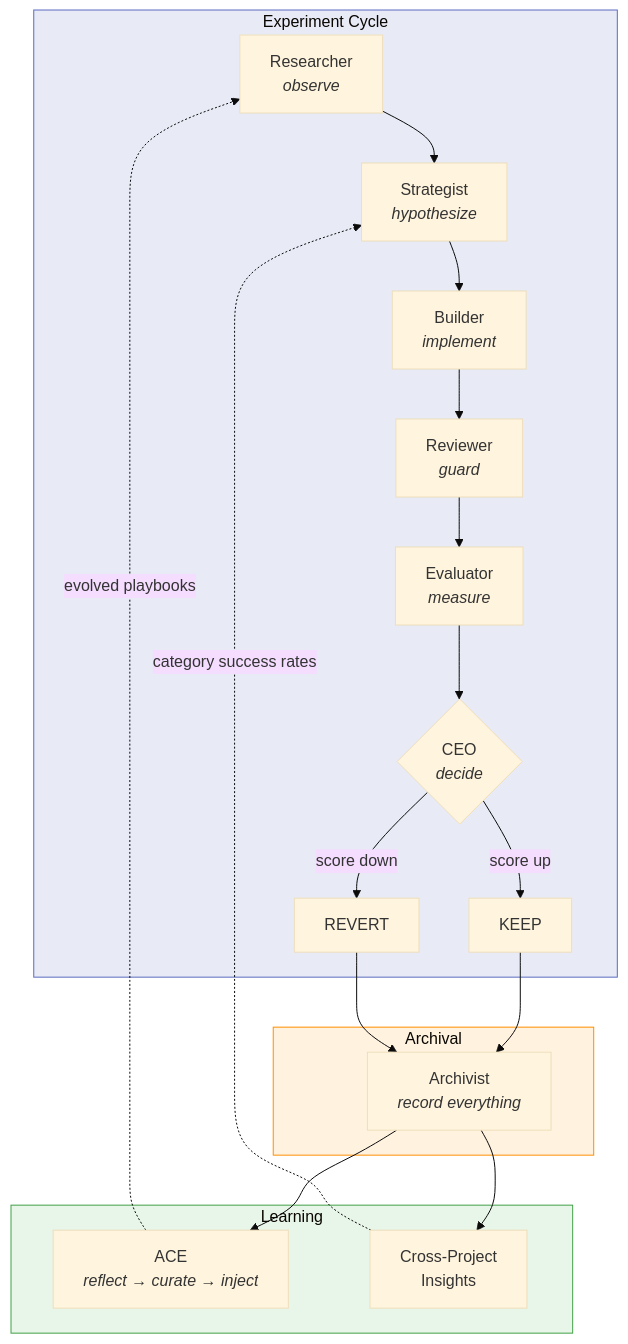
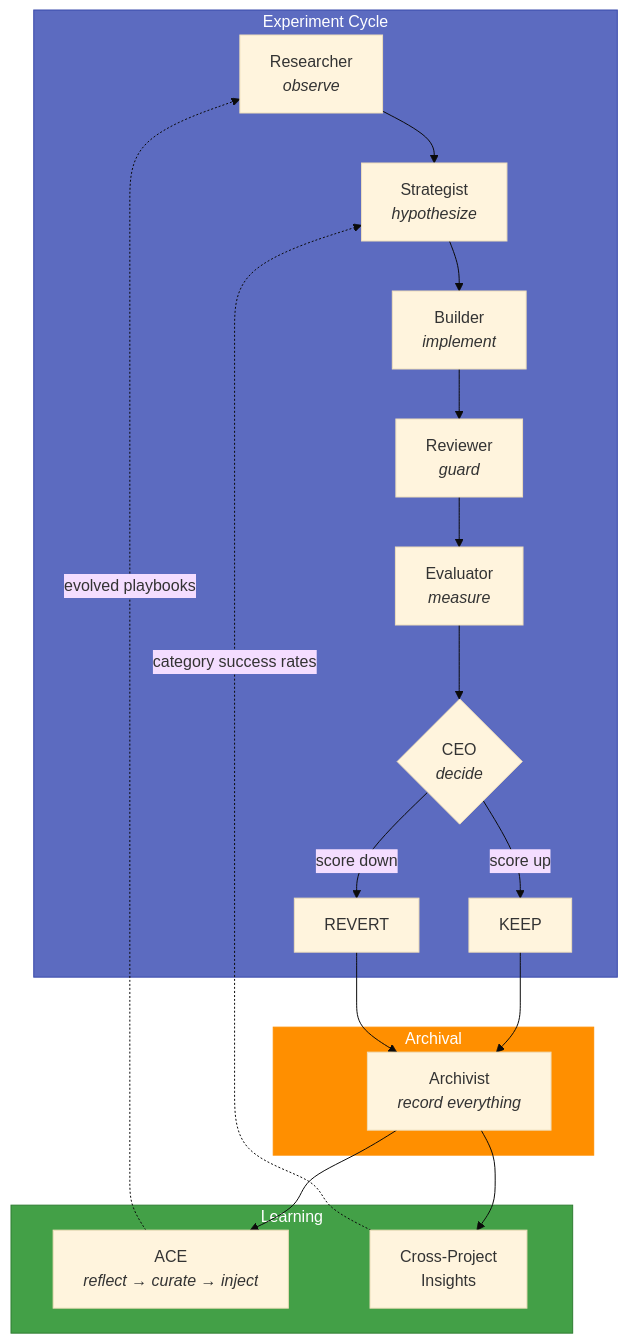
The diagram in docs/self-improvement.md (akashgit/remote-factory), drawn with Mermaid (base theme) before and after one commit. The commit also changed 1 other file, not shown here.

Commit message:
fix: use background-invariant colors in Mermaid diagrams for dark mode
Replace light pastel fills (#e8eaf6, #fff3e0, #e8f5e9) in all Mermaid
style directives with medium-saturation equivalents (#5c6bc0, #ff8f00,
#43a047) and explicit color:#fff — ensuring readable text on both light
and dark (slate) backgrounds. Removes dead docs/javascripts/mermaid.js
(never wired in mkdocs.yml). Addresses issue #78 (H1).

````diff
--- a/docs/self-improvement.md
+++ b/docs/self-improvement.md
@@ -7,32 +7,32 @@
 ```mermaid
 graph TB
     subgraph cycle ["Experiment Cycle"]
         R["Researcher<br><i>observe</i>"] --> S["Strategist<br><i>hypothesize</i>"]
         S --> B["Builder<br><i>implement</i>"]
         B --> RV["Reviewer<br><i>guard</i>"]
         RV --> E["Evaluator<br><i>measure</i>"]
         E --> CEO{"CEO<br><i>decide</i>"}
         CEO -- "score up" --> KEEP["KEEP"]
         CEO -- "score down" --> REVERT["REVERT"]
     end
 
     subgraph archive ["Archival"]
         AR["Archivist<br><i>record everything</i>"]
     end
 
     subgraph learn ["Learning"]
         ACE["ACE<br><i>reflect → curate → inject</i>"]
         XP["Cross-Project<br>Insights"]
     end
 
     KEEP --> AR
     REVERT --> AR
     AR --> ACE
     AR --> XP
     ACE -.->|"evolved playbooks"| R
     XP -.->|"category success rates"| S
 
-    style cycle fill:#e8eaf6,stroke:#5c6bc0
-    style archive fill:#fff3e0,stroke:#ff8f00
-    style learn fill:#e8f5e9,stroke:#43a047
+    style cycle fill:#5c6bc0,color:#fff,stroke:#3949ab
+    style archive fill:#ff8f00,color:#fff,stroke:#ff8f00
+    style learn fill:#43a047,color:#fff,stroke:#2e7d32
 ```
````
